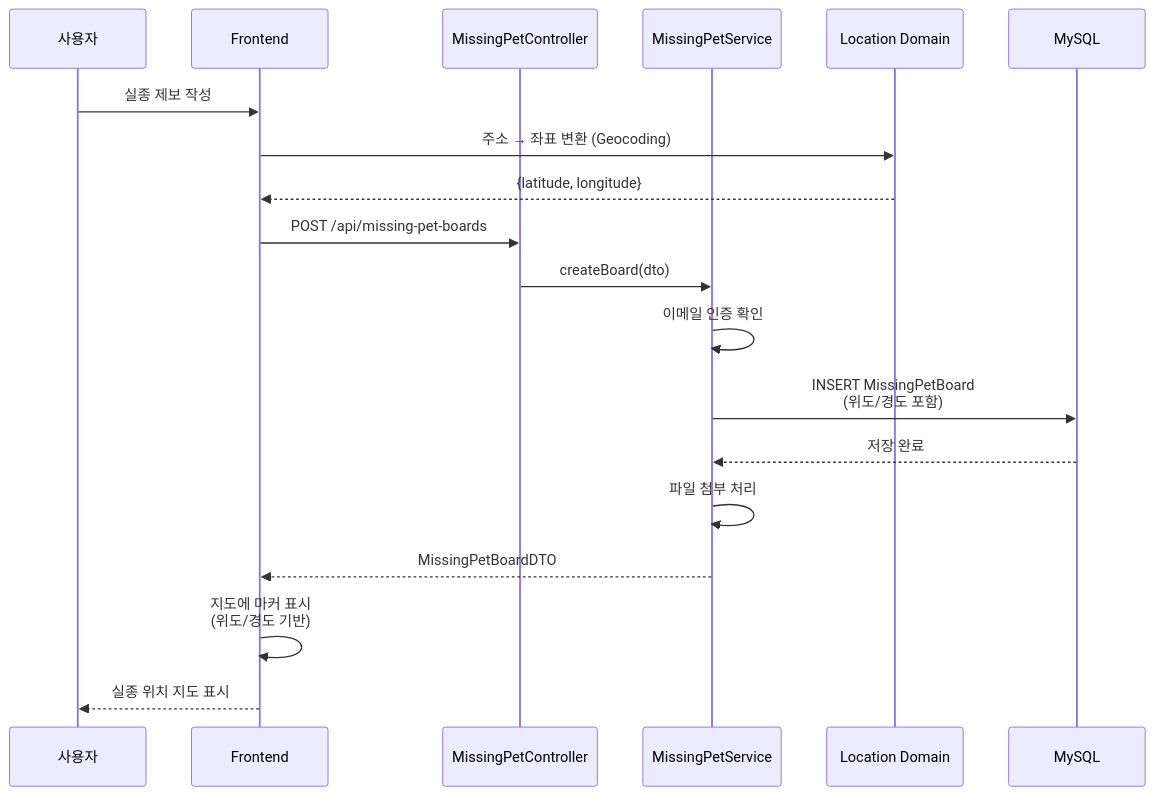
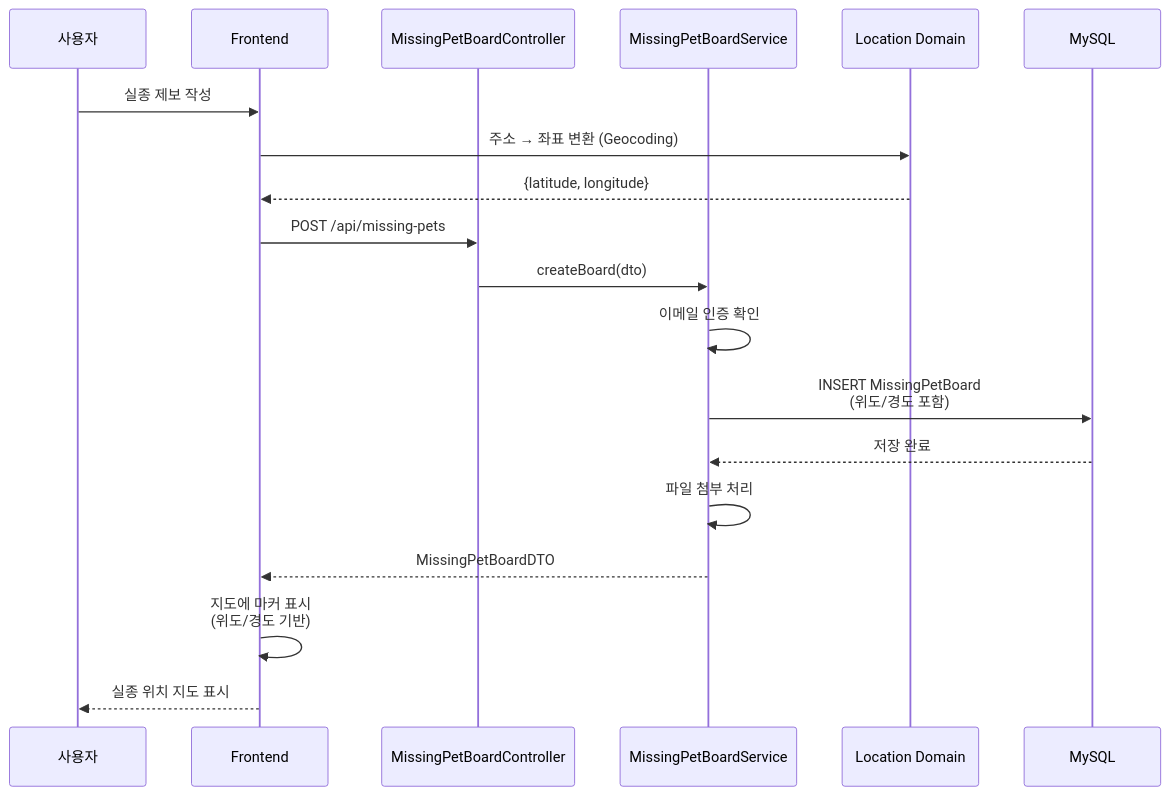
One commit to makkong1/Petory changed the fourth of 4 diagrams in docs/architecture/커뮤니티 & 실종 제보 아키텍처.md. Above: the diagram before and after it, drawn with Mermaid. The commit also changed other lines of this file and 12 other files, not shown here.

Commit message:
docs(architecture): 도메인 아키텍처 문서를 최신 코드·API와 동기화

````diff
--- a/docs/architecture/커뮤니티 & 실종 제보 아키텍처.md
+++ b/docs/architecture/커뮤니티 & 실종 제보 아키텍처.md
@@ -550,27 +550,27 @@
 ```mermaid
 sequenceDiagram
     participant User as 사용자
     participant Frontend
-    participant MissingPetController
-    participant MissingPetService
+    participant MissingPetBoardController
+    participant MissingPetBoardService
     participant MapService as Location Domain
     participant MySQL
     
     User->>Frontend: 실종 제보 작성
     Frontend->>MapService: 주소 → 좌표 변환 (Geocoding)
     MapService-->>Frontend: {latitude, longitude}
     
-    Frontend->>MissingPetController: POST /api/missing-pet-boards
-    MissingPetController->>MissingPetService: createBoard(dto)
+    Frontend->>MissingPetBoardController: POST /api/missing-pets
+    MissingPetBoardController->>MissingPetBoardService: createBoard(dto)
     
-    MissingPetService->>MissingPetService: 이메일 인증 확인
+    MissingPetBoardService->>MissingPetBoardService: 이메일 인증 확인
     
-    MissingPetService->>MySQL: INSERT MissingPetBoard<br/>(위도/경도 포함)
-    MySQL-->>MissingPetService: 저장 완료
+    MissingPetBoardService->>MySQL: INSERT MissingPetBoard<br/>(위도/경도 포함)
+    MySQL-->>MissingPetBoardService: 저장 완료
     
-    MissingPetService->>MissingPetService: 파일 첨부 처리
-    MissingPetService-->>Frontend: MissingPetBoardDTO
+    MissingPetBoardService->>MissingPetBoardService: 파일 첨부 처리
+    MissingPetBoardService-->>Frontend: MissingPetBoardDTO
     
     Frontend->>Frontend: 지도에 마커 표시<br/>(위도/경도 기반)
     Frontend-->>User: 실종 위치 지도 표시
 ```
````
